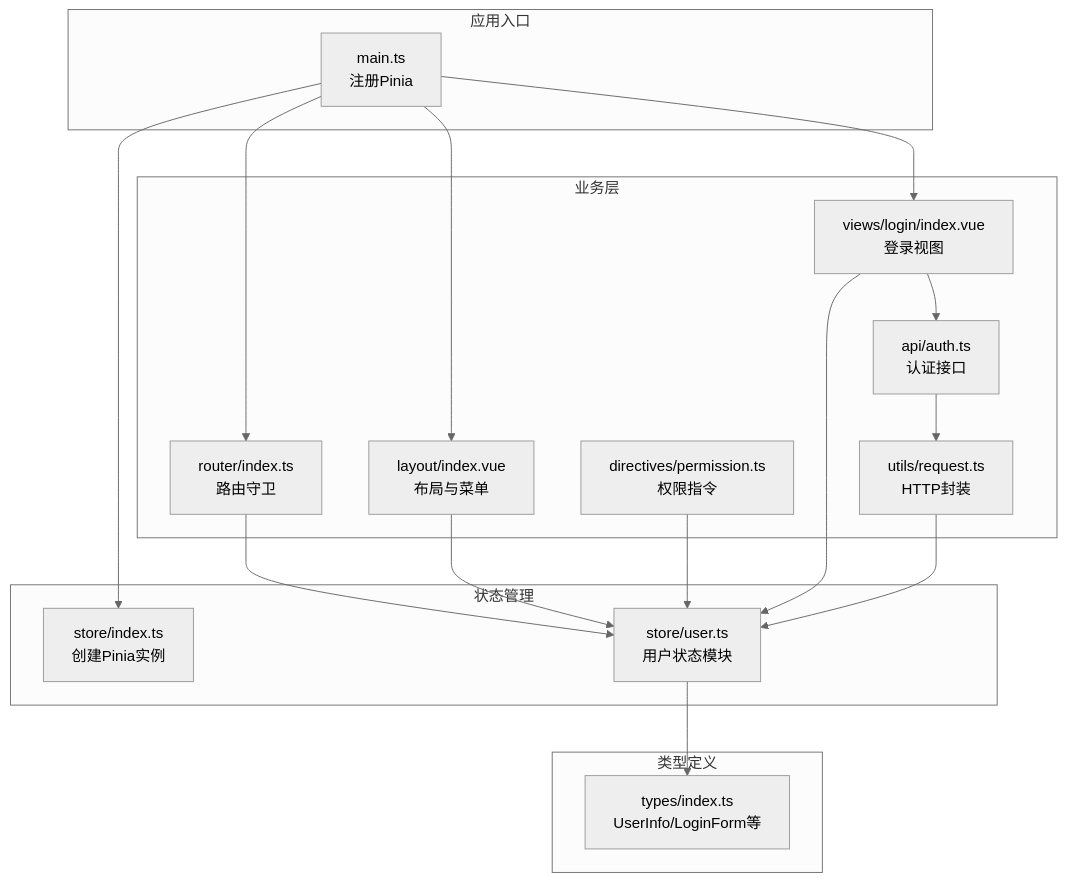
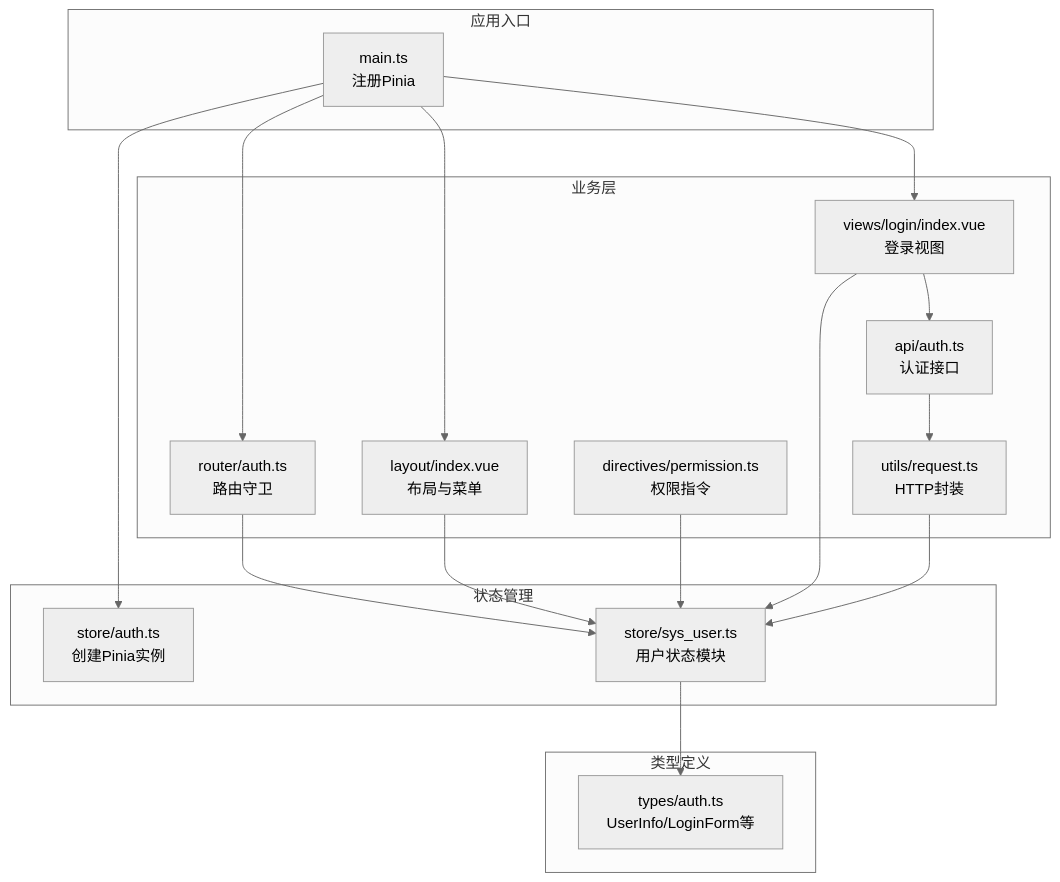
Before and after one commit to qiseyun/vue-ts-admin: the first of 8 diagrams in .qoder/repowiki/zh/content/核心功能模块/状态管理系统.md, drawn with Mermaid (neutral theme). The commit also changed other lines of this file and 42 other files, not shown here.

````diff
--- a/.qoder/repowiki/zh/content/核心功能模块/状态管理系统.md
+++ b/.qoder/repowiki/zh/content/核心功能模块/状态管理系统.md
@@ -36,33 +36,33 @@
 ```mermaid
 graph TB
 subgraph "应用入口"
 MAIN["main.ts<br/>注册Pinia"]
 end
 subgraph "状态管理"
-PINIA["store/index.ts<br/>创建Pinia实例"]
-USERSTORE["store/user.ts<br/>用户状态模块"]
+PINIA["store/auth.ts<br/>创建Pinia实例"]
+USERSTORE["store/sys_user.ts<br/>用户状态模块"]
 end
 subgraph "业务层"
 LOGINVIEW["views/login/index.vue<br/>登录视图"]
 LAYOUT["layout/index.vue<br/>布局与菜单"]
-ROUTER["router/index.ts<br/>路由守卫"]
+ROUTER["router/auth.ts<br/>路由守卫"]
 DIRECTIVE["directives/permission.ts<br/>权限指令"]
 APIAUTH["api/auth.ts<br/>认证接口"]
 REQUEST["utils/request.ts<br/>HTTP封装"]
 end
 subgraph "类型定义"
-TYPES["types/index.ts<br/>UserInfo/LoginForm等"]
+TYPES["types/auth.ts<br/>UserInfo/LoginForm等"]
 end
 MAIN --> PINIA
 MAIN --> ROUTER
 MAIN --> LAYOUT
 MAIN --> LOGINVIEW
 LOGINVIEW --> USERSTORE
 LAYOUT --> USERSTORE
 ROUTER --> USERSTORE
 DIRECTIVE --> USERSTORE
 LOGINVIEW --> APIAUTH
 APIAUTH --> REQUEST
 REQUEST --> USERSTORE
 USERSTORE --> TYPES
 ```
````
